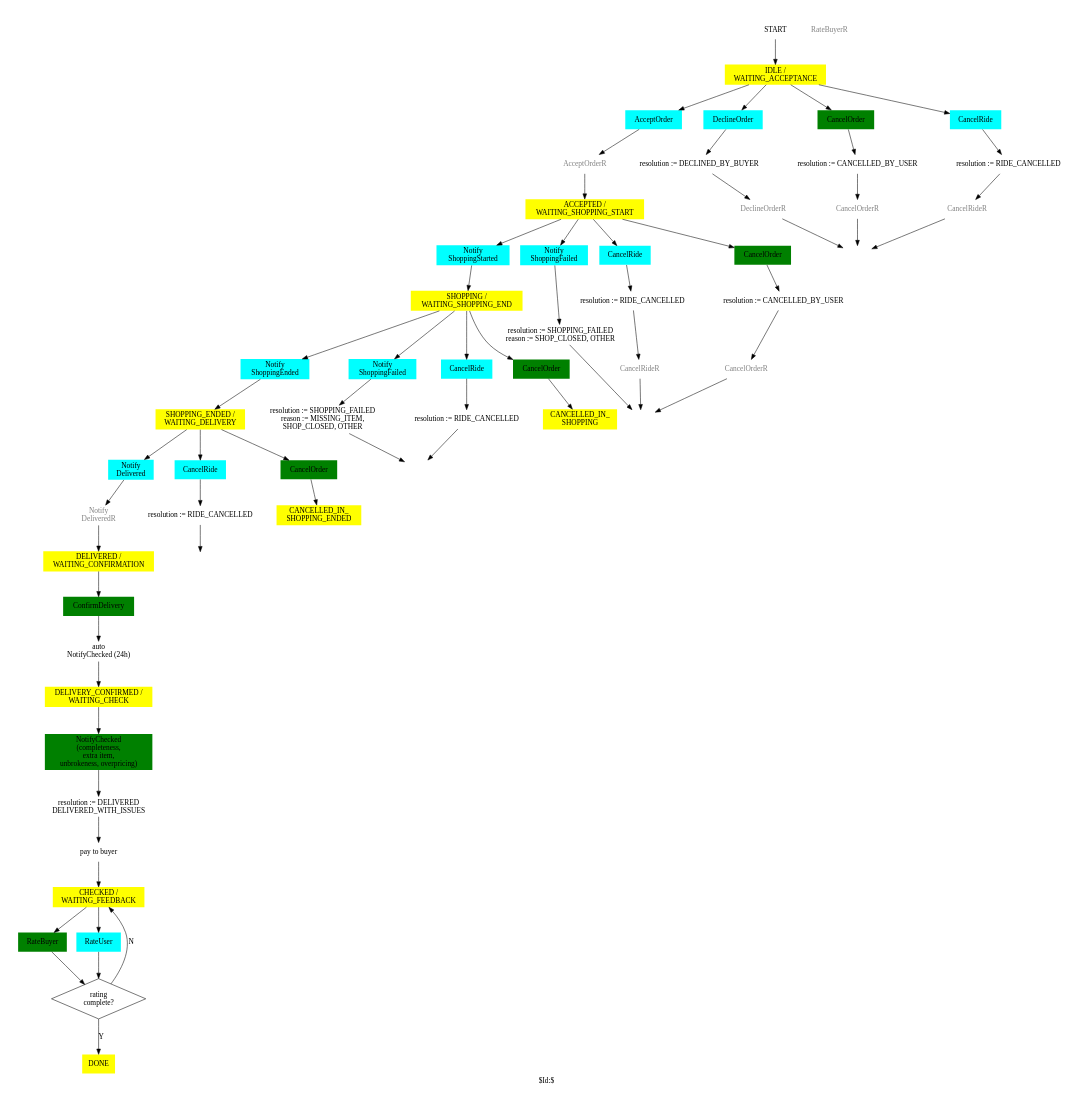
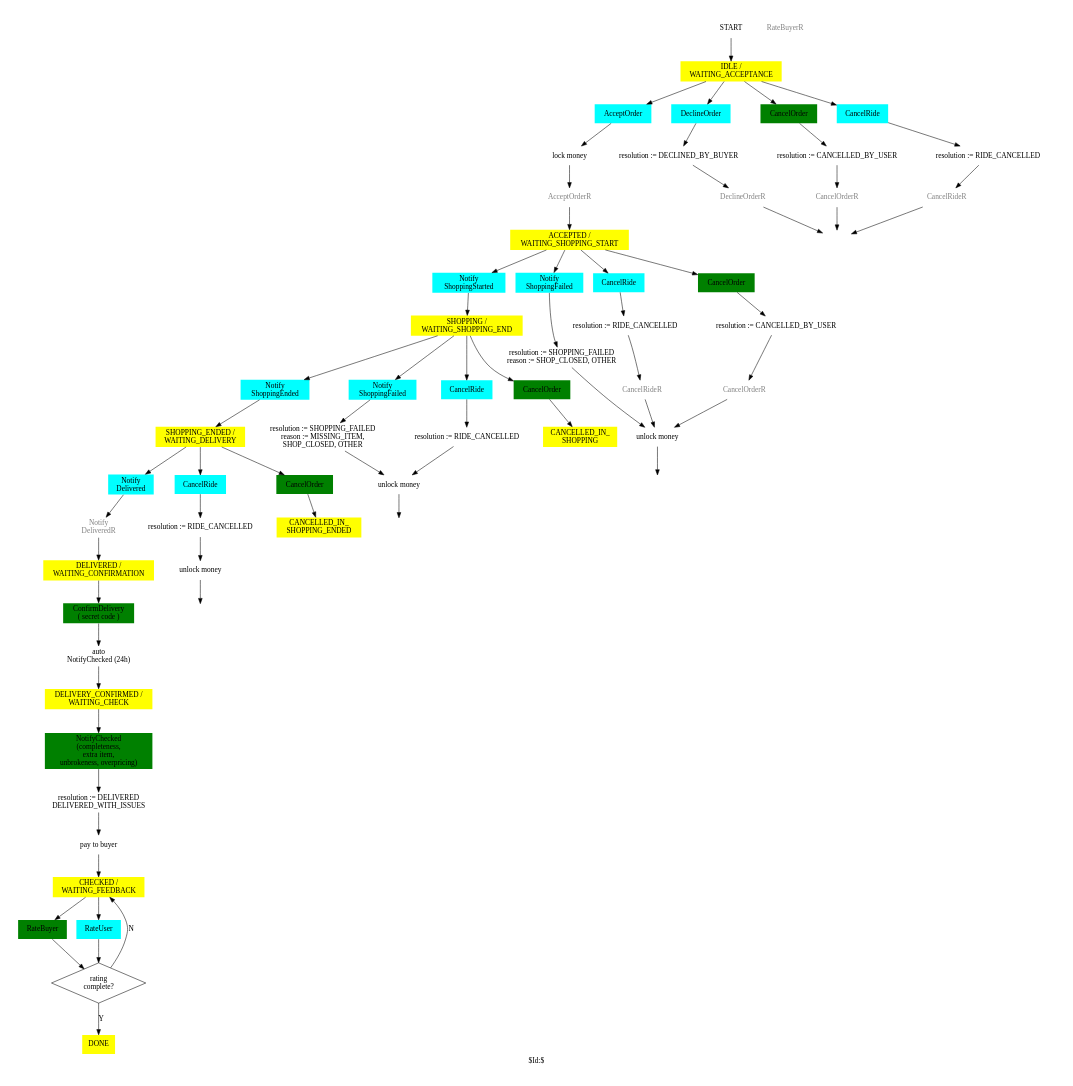
The diagram in docs/Order.gv (trodevel/lieferbay_protocol), drawn with Graphviz before and after one commit.

Commit message:
DOC: intermediate results

```diff
--- a/docs/Order.gv
+++ b/docs/Order.gv
@@ -44,13 +44,13 @@
 DELIVERED_WAITING_CONFIRMATION  [ label = "DELIVERED /\nWAITING_CONFIRMATION"     shape = sdl_state fillcolor=yellow ]
 DELIVERY_CONFIRMED_WAITING_CHECK [ label = "DELIVERY_CONFIRMED /\nWAITING_CHECK"   shape = sdl_state fillcolor=yellow ]
 CHECKED_WAITING_FEEDBACK        [ label = "CHECKED /\nWAITING_FEEDBACK"           shape = sdl_state fillcolor=yellow ]
-END                             [ label = ""                              shape = sdl_stop  style=solid ]
 DONE                            [ label = "DONE"                                  shape = sdl_state fillcolor=yellow ]
 
 ######################################################
 # actions
 
 WAITING_ACCEPTANCE__ACCEPT_ORDER            [ label="AcceptOrder"                       shape = sdl_input_from_right fillcolor=cyan ]
+WAITING_ACCEPTANCE__CALL_LOCK_MONEY         [ label="lock money"                        shape = sdl_call ]
 WAITING_ACCEPTANCE__SEND_ACCEPT_ORDER       [ label="AcceptOrderR"                      shape = sdl_output_to_right  color=gray fontcolor=gray ]
 WAITING_ACCEPTANCE__DECLINE_ORDER           [ label="DeclineOrder"                      shape = sdl_input_from_right fillcolor=cyan ]
 WAITING_ACCEPTANCE__SEND_DECLINE_ORDER      [ label="DeclineOrderR"                     shape = sdl_output_to_right  color=gray fontcolor=gray ]
@@ -61,6 +61,7 @@
 WAITING_ACCEPTANCE__RESOL_1                 [ label="resolution := CANCELLED_BY_USER"   shape = sdl_task ]
 WAITING_ACCEPTANCE__RESOL_2                 [ label="resolution := DECLINED_BY_BUYER" shape = sdl_task ]
 WAITING_ACCEPTANCE__RESOL_3                 [ label="resolution := RIDE_CANCELLED"      shape = sdl_task ]
+WAITING_ACCEPTANCE__END                     [ label = ""                                shape = sdl_stop  style=solid ]
 
 ACCEPTED_WAITING_SHOPPING_START__SHOPPING_STARTED [ label="Notify\nShoppingStarted"           shape = sdl_input_from_right fillcolor=cyan ]
 ACCEPTED_WAITING_SHOPPING_START__SHOPPING_FAILED  [ label="Notify\nShoppingFailed"            shape = sdl_input_from_right fillcolor=cyan ]
@@ -73,6 +74,7 @@
 ACCEPTED_WAITING_SHOPPING_START__RESOL_1          [ label="resolution := RIDE_CANCELLED"      shape = sdl_task ]
 ACCEPTED_WAITING_SHOPPING_START__RESOL_2          [ label="resolution := CANCELLED_BY_USER"   shape = sdl_task ]
 ACCEPTED_WAITING_SHOPPING_START__RESOL_3          [ label="resolution := SHOPPING_FAILED\nreason := SHOP_CLOSED, OTHER"     shape = sdl_task ]
+ACCEPTED_WAITING_SHOPPING_START__CALL_UNLOCK_MONEY [ label="unlock money"                     shape = sdl_call ]
 ACCEPTED_WAITING_SHOPPING_START__END              [ label = ""                                shape = sdl_stop  style=solid ]
 
 
@@ -82,6 +84,7 @@
 SHOPPING_WAITING_SHOPPING_END__CANCEL_ORDER       [ label="CancelOrder"                       shape = sdl_input_from_left  fillcolor=green ]
 SHOPPING_WAITING_SHOPPING_END__RESOL_1            [ label="resolution := RIDE_CANCELLED"      shape = sdl_task ]
 SHOPPING_WAITING_SHOPPING_END__RESOL_3            [ label="resolution := SHOPPING_FAILED\nreason := MISSING_ITEM,\nSHOP_CLOSED, OTHER"     shape = sdl_task ]
+SHOPPING_WAITING_SHOPPING_END__CALL_UNLOCK_MONEY  [ label="unlock money"                      shape = sdl_call ]
 SHOPPING_WAITING_SHOPPING_END__END                [ label = ""                                shape = sdl_stop  style=solid ]
 
 SHOPPING_ENDED_WAITING_DELIVERY__DELIVERED        [ label="Notify\nDelivered"                 shape = sdl_input_from_right fillcolor=cyan ]
@@ -89,9 +92,10 @@
 SHOPPING_ENDED_WAITING_DELIVERY__CANCEL_ORDER     [ label="CancelOrder"                       shape = sdl_input_from_left  fillcolor=green ]
 SHOPPING_ENDED_WAITING_DELIVERY__SEND_DELIVERED   [ label="Notify\nDeliveredR"                shape = sdl_output_to_right  color=gray fontcolor=gray ]
 SHOPPING_ENDED_WAITING_DELIVERY__RESOL_1          [ label="resolution := RIDE_CANCELLED"      shape = sdl_task ]
+SHOPPING_ENDED_WAITING_DELIVERY__CALL_UNLOCK_MONEY  [ label="unlock money"                    shape = sdl_call ]
 SHOPPING_ENDED_WAITING_DELIVERY__END              [ label = ""                                shape = sdl_stop  style=solid ]
 
-DELIVERED_WAITING_CONFIRMATION__CONFIRM           [ label="ConfirmDelivery"                   shape = sdl_input_from_left  fillcolor=green ]
+DELIVERED_WAITING_CONFIRMATION__CONFIRM           [ label="ConfirmDelivery\n( secret code )"  shape = sdl_input_from_left  fillcolor=green ]
 DELIVERED_WAITING_CONFIRMATION__SET_TIMER         [ label="auto\nNotifyChecked (24h)"         shape = sdl_set ]
 
 DELIVERY_CONFIRMED_WAITING_CHECK__CHECK           [ label="NotifyChecked\n(completeness,\nextra item,\nunbrokeness, overpricing)"   shape = sdl_input_from_left  fillcolor=green ]
@@ -108,25 +112,30 @@
 
 START -> WAITING_ACCEPTANCE
 
-WAITING_ACCEPTANCE -> WAITING_ACCEPTANCE__ACCEPT_ORDER   -> WAITING_ACCEPTANCE__SEND_ACCEPT_ORDER -> ACCEPTED_WAITING_SHOPPING_START
-WAITING_ACCEPTANCE -> WAITING_ACCEPTANCE__CANCEL_ORDER   -> WAITING_ACCEPTANCE__RESOL_1 -> WAITING_ACCEPTANCE__SEND_CANCEL_ORDER  -> END
-WAITING_ACCEPTANCE -> WAITING_ACCEPTANCE__DECLINE_ORDER  -> WAITING_ACCEPTANCE__RESOL_2 -> WAITING_ACCEPTANCE__SEND_DECLINE_ORDER -> END
-WAITING_ACCEPTANCE -> WAITING_ACCEPTANCE__CANCEL_RIDE    -> WAITING_ACCEPTANCE__RESOL_3 -> WAITING_ACCEPTANCE__SEND_CANCEL_RIDE   -> END
+WAITING_ACCEPTANCE -> WAITING_ACCEPTANCE__ACCEPT_ORDER   -> WAITING_ACCEPTANCE__CALL_LOCK_MONEY -> WAITING_ACCEPTANCE__SEND_ACCEPT_ORDER -> ACCEPTED_WAITING_SHOPPING_START
+WAITING_ACCEPTANCE -> WAITING_ACCEPTANCE__CANCEL_ORDER   -> WAITING_ACCEPTANCE__RESOL_1 -> WAITING_ACCEPTANCE__SEND_CANCEL_ORDER  -> WAITING_ACCEPTANCE__END
+WAITING_ACCEPTANCE -> WAITING_ACCEPTANCE__DECLINE_ORDER  -> WAITING_ACCEPTANCE__RESOL_2 -> WAITING_ACCEPTANCE__SEND_DECLINE_ORDER -> WAITING_ACCEPTANCE__END
+WAITING_ACCEPTANCE -> WAITING_ACCEPTANCE__CANCEL_RIDE    -> WAITING_ACCEPTANCE__RESOL_3 -> WAITING_ACCEPTANCE__SEND_CANCEL_RIDE   -> WAITING_ACCEPTANCE__END
 
-ACCEPTED_WAITING_SHOPPING_START -> ACCEPTED_WAITING_SHOPPING_START__CANCEL_RIDE    -> ACCEPTED_WAITING_SHOPPING_START__RESOL_1 -> ACCEPTED_WAITING_SHOPPING_START__SEND_CANCEL_RIDE    -> ACCEPTED_WAITING_SHOPPING_START__END
-ACCEPTED_WAITING_SHOPPING_START -> ACCEPTED_WAITING_SHOPPING_START__CANCEL_ORDER   -> ACCEPTED_WAITING_SHOPPING_START__RESOL_2 -> ACCEPTED_WAITING_SHOPPING_START__SEND_CANCEL_ORDER   -> ACCEPTED_WAITING_SHOPPING_START__END
+ACCEPTED_WAITING_SHOPPING_START -> ACCEPTED_WAITING_SHOPPING_START__CANCEL_RIDE    -> ACCEPTED_WAITING_SHOPPING_START__RESOL_1 -> ACCEPTED_WAITING_SHOPPING_START__SEND_CANCEL_RIDE    -> ACCEPTED_WAITING_SHOPPING_START__CALL_UNLOCK_MONEY
+ACCEPTED_WAITING_SHOPPING_START -> ACCEPTED_WAITING_SHOPPING_START__CANCEL_ORDER   -> ACCEPTED_WAITING_SHOPPING_START__RESOL_2 -> ACCEPTED_WAITING_SHOPPING_START__SEND_CANCEL_ORDER   -> ACCEPTED_WAITING_SHOPPING_START__CALL_UNLOCK_MONEY
 
 ACCEPTED_WAITING_SHOPPING_START -> ACCEPTED_WAITING_SHOPPING_START__SHOPPING_STARTED -> SHOPPING_WAITING_SHOPPING_END
-ACCEPTED_WAITING_SHOPPING_START -> ACCEPTED_WAITING_SHOPPING_START__SHOPPING_FAILED  -> ACCEPTED_WAITING_SHOPPING_START__RESOL_3 -> ACCEPTED_WAITING_SHOPPING_START__END
+ACCEPTED_WAITING_SHOPPING_START -> ACCEPTED_WAITING_SHOPPING_START__SHOPPING_FAILED  -> ACCEPTED_WAITING_SHOPPING_START__RESOL_3 -> ACCEPTED_WAITING_SHOPPING_START__CALL_UNLOCK_MONEY
+
+ACCEPTED_WAITING_SHOPPING_START__CALL_UNLOCK_MONEY -> ACCEPTED_WAITING_SHOPPING_START__END
 
 SHOPPING_WAITING_SHOPPING_END -> SHOPPING_WAITING_SHOPPING_END__SHOPPING_ENDED  -> SHOPPING_ENDED_WAITING_DELIVERY
-SHOPPING_WAITING_SHOPPING_END -> SHOPPING_WAITING_SHOPPING_END__CANCEL_RIDE     -> SHOPPING_WAITING_SHOPPING_END__RESOL_1 -> SHOPPING_WAITING_SHOPPING_END__END
-SHOPPING_WAITING_SHOPPING_END -> SHOPPING_WAITING_SHOPPING_END__SHOPPING_FAILED -> SHOPPING_WAITING_SHOPPING_END__RESOL_3 -> SHOPPING_WAITING_SHOPPING_END__END
+SHOPPING_WAITING_SHOPPING_END -> SHOPPING_WAITING_SHOPPING_END__CANCEL_RIDE     -> SHOPPING_WAITING_SHOPPING_END__RESOL_1 -> SHOPPING_WAITING_SHOPPING_END__CALL_UNLOCK_MONEY
+SHOPPING_WAITING_SHOPPING_END -> SHOPPING_WAITING_SHOPPING_END__SHOPPING_FAILED -> SHOPPING_WAITING_SHOPPING_END__RESOL_3 -> SHOPPING_WAITING_SHOPPING_END__CALL_UNLOCK_MONEY
 SHOPPING_WAITING_SHOPPING_END -> SHOPPING_WAITING_SHOPPING_END__CANCEL_ORDER    -> CANCELLED_IN_SHOPPING
 
-SHOPPING_ENDED_WAITING_DELIVERY -> SHOPPING_ENDED_WAITING_DELIVERY__CANCEL_RIDE    -> SHOPPING_ENDED_WAITING_DELIVERY__RESOL_1 -> SHOPPING_ENDED_WAITING_DELIVERY__END
+SHOPPING_WAITING_SHOPPING_END__CALL_UNLOCK_MONEY -> SHOPPING_WAITING_SHOPPING_END__END
+
+SHOPPING_ENDED_WAITING_DELIVERY -> SHOPPING_ENDED_WAITING_DELIVERY__CANCEL_RIDE    -> SHOPPING_ENDED_WAITING_DELIVERY__RESOL_1 -> SHOPPING_ENDED_WAITING_DELIVERY__CALL_UNLOCK_MONEY
 SHOPPING_ENDED_WAITING_DELIVERY -> SHOPPING_ENDED_WAITING_DELIVERY__DELIVERED      -> SHOPPING_ENDED_WAITING_DELIVERY__SEND_DELIVERED -> DELIVERED_WAITING_CONFIRMATION
 SHOPPING_ENDED_WAITING_DELIVERY -> SHOPPING_ENDED_WAITING_DELIVERY__CANCEL_ORDER   -> CANCELLED_IN_SHOPPING_ENDED
+SHOPPING_ENDED_WAITING_DELIVERY__CALL_UNLOCK_MONEY -> SHOPPING_ENDED_WAITING_DELIVERY__END
 
 DELIVERED_WAITING_CONFIRMATION -> DELIVERED_WAITING_CONFIRMATION__CONFIRM  -> DELIVERED_WAITING_CONFIRMATION__SET_TIMER -> DELIVERY_CONFIRMED_WAITING_CHECK
 
```
